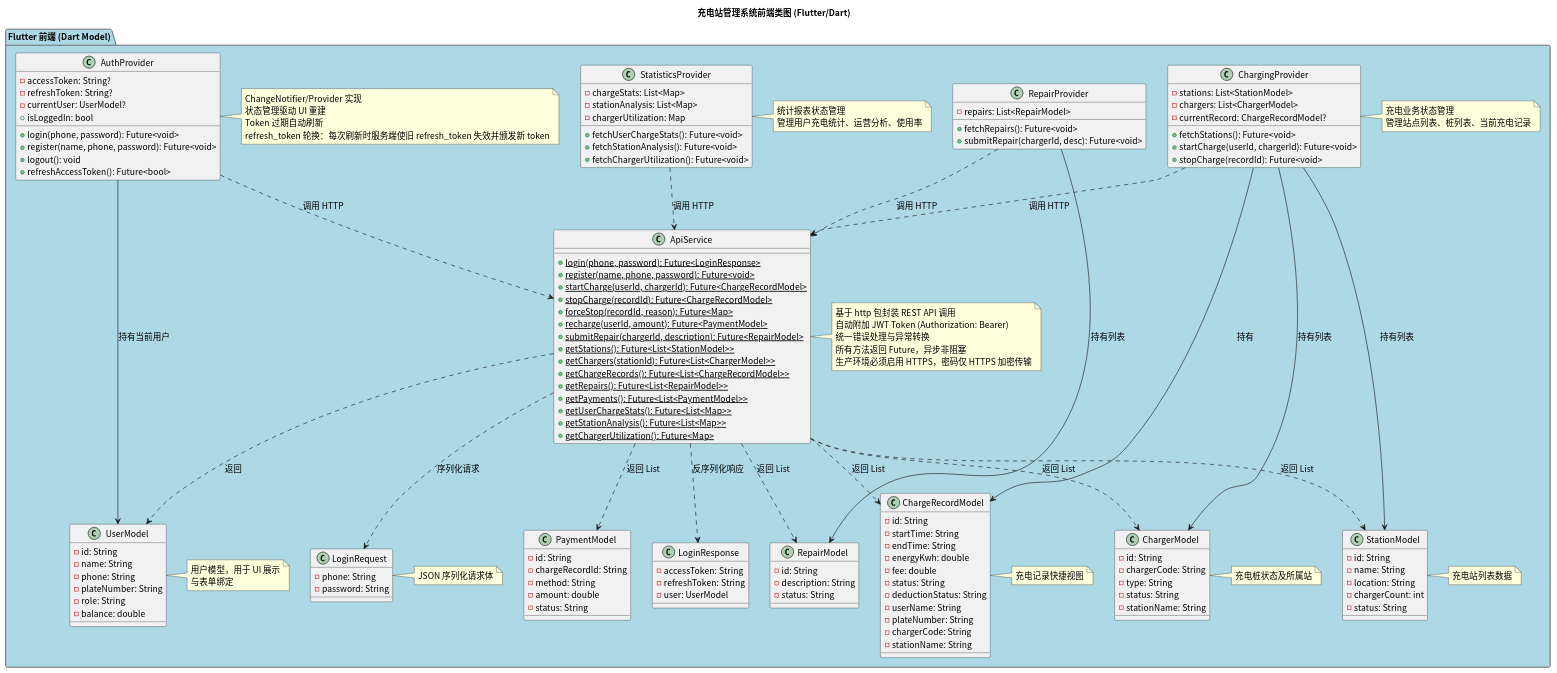
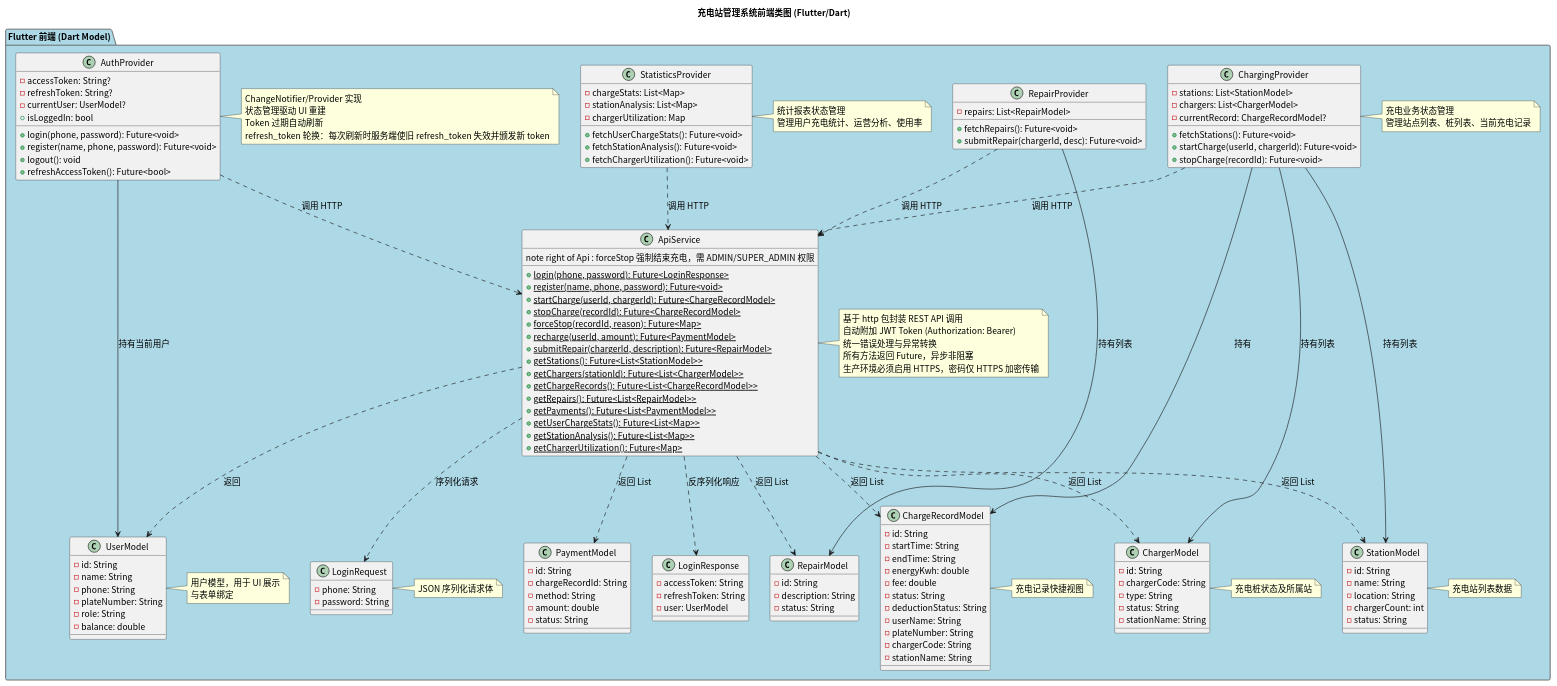
Before and after one commit to greenhandzdl/charging-station-doc: the diagram in class/src/frontend_class_diagram.puml, drawn with PlantUML. The commit also changed 24 other files, not shown here.

```diff
--- a/class/src/frontend_class_diagram.puml
+++ b/class/src/frontend_class_diagram.puml
@@ -1,159 +1,160 @@
 @startuml
 skinparam defaultFontName "Noto Sans CJK SC"
 skinparam defaultFontSize 14
 title 充电站管理系统前端类图 (Flutter/Dart)
 skinparam package {
   BackgroundColor #F0F0F0
   BorderColor #666666
 }
 
 package "Flutter 前端 (Dart Model)" as FE #ADD8E6 {
 
   class "UserModel" as FUser {
     - id: String
     - name: String
     - phone: String
     - plateNumber: String
     - role: String
     - balance: double
   }
   note right of FUser : 用户模型，用于 UI 展示\n与表单绑定
 
   class "StationModel" as FStation {
     - id: String
     - name: String
     - location: String
     - chargerCount: int
     - status: String
   }
   note right of FStation : 充电站列表数据
 
   class "ChargerModel" as FCharger {
     - id: String
     - chargerCode: String
     - type: String
     - status: String
     - stationName: String
   }
   note right of FCharger : 充电桩状态及所属站
 
   class "ChargeRecordModel" as FCRecord {
     - id: String
     - startTime: String
     - endTime: String
     - energyKwh: double
     - fee: double
     - status: String
     - deductionStatus: String
     - userName: String
     - plateNumber: String
     - chargerCode: String
     - stationName: String
   }
   note right of FCRecord : 充电记录快捷视图
 
   class "PaymentModel" as FPayment {
     - id: String
     - chargeRecordId: String
     - method: String
     - amount: double
     - status: String
   }
 
   class "RepairModel" as FRepair {
     - id: String
     - description: String
     - status: String
   }
 
   class "LoginRequest" as LoginReq {
     - phone: String
     - password: String
   }
   note right of LoginReq : JSON 序列化请求体
 
   class "LoginResponse" as LoginResp {
     - accessToken: String
     - refreshToken: String
     - user: UserModel
   }
 
   class "ApiService" as Api {
     + {static} login(phone, password): Future<LoginResponse>
     + {static} register(name, phone, password): Future<void>
     + {static} startCharge(userId, chargerId): Future<ChargeRecordModel>
     + {static} stopCharge(recordId): Future<ChargeRecordModel>
     + {static} forceStop(recordId, reason): Future<Map>
+	  note right of Api : forceStop 强制结束充电，需 ADMIN/SUPER_ADMIN 权限
     + {static} recharge(userId, amount): Future<PaymentModel>
     + {static} submitRepair(chargerId, description): Future<RepairModel>
     + {static} getStations(): Future<List<StationModel>>
     + {static} getChargers(stationId): Future<List<ChargerModel>>
     + {static} getChargeRecords(): Future<List<ChargeRecordModel>>
     + {static} getRepairs(): Future<List<RepairModel>>
     + {static} getPayments(): Future<List<PaymentModel>>
     + {static} getUserChargeStats(): Future<List<Map>>
     + {static} getStationAnalysis(): Future<List<Map>>
     + {static} getChargerUtilization(): Future<Map>
   }
   note right of Api : 基于 http 包封装 REST API 调用\n自动附加 JWT Token (Authorization: Bearer)\n统一错误处理与异常转换\n所有方法返回 Future，异步非阻塞\n生产环境必须启用 HTTPS，密码仅 HTTPS 加密传输
 
   class "AuthProvider" as Auth {
     - accessToken: String?
     - refreshToken: String?
     - currentUser: UserModel?
     + login(phone, password): Future<void>
     + register(name, phone, password): Future<void>
     + logout(): void
     + refreshAccessToken(): Future<bool>
     + isLoggedIn: bool
   }
   note right of Auth : ChangeNotifier/Provider 实现\n状态管理驱动 UI 重建\nToken 过期自动刷新\nrefresh_token 轮换：每次刷新时服务端使旧 refresh_token 失效并颁发新 token
 
   class "ChargingProvider" as CP {
     - stations: List<StationModel>
     - chargers: List<ChargerModel>
     - currentRecord: ChargeRecordModel?
     + fetchStations(): Future<void>
     + startCharge(userId, chargerId): Future<void>
     + stopCharge(recordId): Future<void>
   }
   note right of CP : 充电业务状态管理\n管理站点列表、桩列表、当前充电记录
 
   class "RepairProvider" as RP {
     - repairs: List<RepairModel>
     + fetchRepairs(): Future<void>
     + submitRepair(chargerId, desc): Future<void>
   }
 
   class "StatisticsProvider" as StatsP {
     - chargeStats: List<Map>
     - stationAnalysis: List<Map>
     - chargerUtilization: Map
     + fetchUserChargeStats(): Future<void>
     + fetchStationAnalysis(): Future<void>
     + fetchChargerUtilization(): Future<void>
   }
   note right of StatsP : 统计报表状态管理\n管理用户充电统计、运营分析、使用率
 }
 
 ' ===== 关联关系 =====
 Api ..> LoginReq : 序列化请求
 Api ..> LoginResp : 反序列化响应
 Api ..> FStation : 返回 List
 Api ..> FCharger : 返回 List
 Api ..> FUser : 返回
 Api ..> FCRecord : 返回 List
 Api ..> FPayment : 返回 List
 Api ..> FRepair : 返回 List
 
 Auth --> FUser : 持有当前用户
 Auth ..> Api : 调用 HTTP
 CP ..> Api : 调用 HTTP
 CP --> FStation : 持有列表
 CP --> FCharger : 持有列表
 CP --> FCRecord : 持有
 RP ..> Api : 调用 HTTP
 RP --> FRepair : 持有列表
 StatsP ..> Api : 调用 HTTP
 
 @enduml
```
